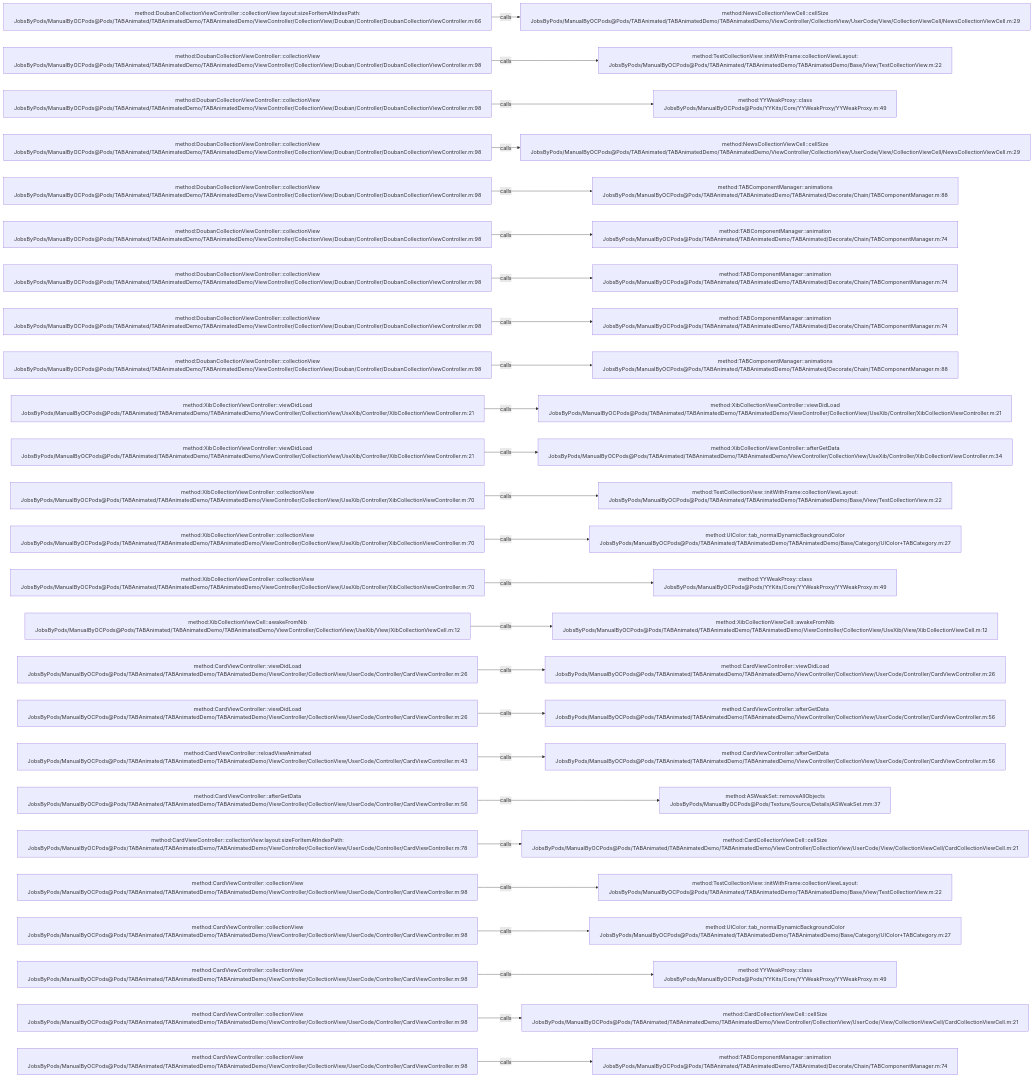
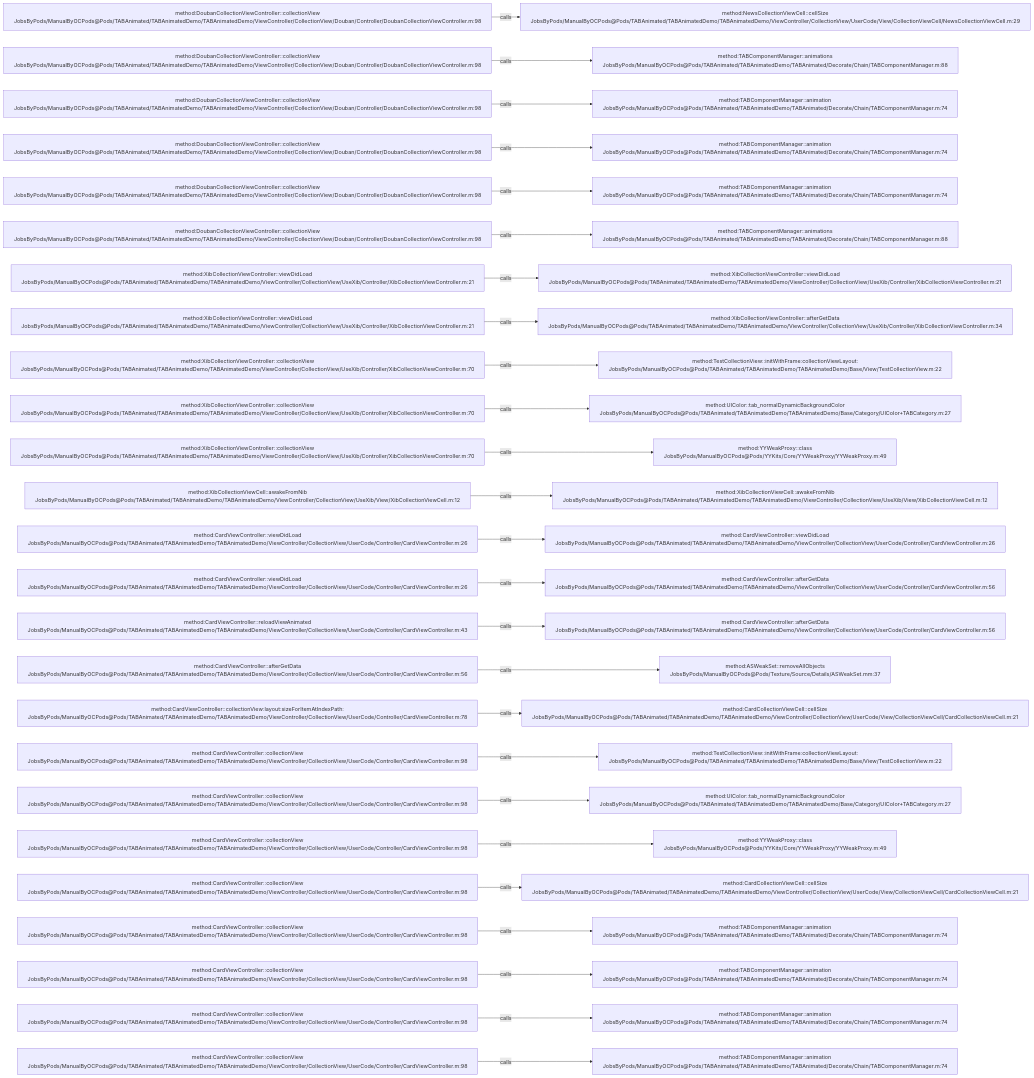
The diagram in .codegraph/codegraph.md/graphs/calls-051.md (JobsKits/JobsOCBaseConfigDemo), drawn with Mermaid before and after one commit. The commit also changed 342 other files, not shown here.

````diff
--- a/.codegraph/codegraph.md/graphs/calls-051.md
+++ b/.codegraph/codegraph.md/graphs/calls-051.md
@@ -13,78 +13,78 @@
 ```mermaid
 flowchart LR
-  S1["method:DoubanCollectionViewController::collectionView:layout:sizeForItemAtIndexPath:<br/>JobsByPods/ManualByOCPods@Pods/TABAnimated/TABAnimatedDemo/TABAnimatedDemo/ViewController/CollectionView/Douban/Controller/DoubanCollectionViewController.m:66"]
+  S1["method:DoubanCollectionViewController::collectionView<br/>JobsByPods/ManualByOCPods@Pods/TABAnimated/TABAnimatedDemo/TABAnimatedDemo/ViewController/CollectionView/Douban/Controller/DoubanCollectionViewController.m:98"]
   T1["method:NewsCollectionViewCell::cellSize<br/>JobsByPods/ManualByOCPods@Pods/TABAnimated/TABAnimatedDemo/TABAnimatedDemo/ViewController/CollectionView/UserCode/View/CollectionViewCell/NewsCollectionViewCell.m:29"]
   S1 -->|calls| T1
   S2["method:DoubanCollectionViewController::collectionView<br/>JobsByPods/ManualByOCPods@Pods/TABAnimated/TABAnimatedDemo/TABAnimatedDemo/ViewController/CollectionView/Douban/Controller/DoubanCollectionViewController.m:98"]
-  T2["method:TestCollectionView::initWithFrame:collectionViewLayout:<br/>JobsByPods/ManualByOCPods@Pods/TABAnimated/TABAnimatedDemo/TABAnimatedDemo/Base/View/TestCollectionView.m:22"]
+  T2["method:TABComponentManager::animations<br/>JobsByPods/ManualByOCPods@Pods/TABAnimated/TABAnimatedDemo/TABAnimated/Decorate/Chain/TABComponentManager.m:88"]
   S2 -->|calls| T2
   S3["method:DoubanCollectionViewController::collectionView<br/>JobsByPods/ManualByOCPods@Pods/TABAnimated/TABAnimatedDemo/TABAnimatedDemo/ViewController/CollectionView/Douban/Controller/DoubanCollectionViewController.m:98"]
-  T3["method:YYWeakProxy::class<br/>JobsByPods/ManualByOCPods@Pods/YYKits/Core/YYWeakProxy/YYWeakProxy.m:49"]
+  T3["method:TABComponentManager::animation<br/>JobsByPods/ManualByOCPods@Pods/TABAnimated/TABAnimatedDemo/TABAnimated/Decorate/Chain/TABComponentManager.m:74"]
   S3 -->|calls| T3
   S4["method:DoubanCollectionViewController::collectionView<br/>JobsByPods/ManualByOCPods@Pods/TABAnimated/TABAnimatedDemo/TABAnimatedDemo/ViewController/CollectionView/Douban/Controller/DoubanCollectionViewController.m:98"]
-  T4["method:NewsCollectionViewCell::cellSize<br/>JobsByPods/ManualByOCPods@Pods/TABAnimated/TABAnimatedDemo/TABAnimatedDemo/ViewController/CollectionView/UserCode/View/CollectionViewCell/NewsCollectionViewCell.m:29"]
+  T4["method:TABComponentManager::animation<br/>JobsByPods/ManualByOCPods@Pods/TABAnimated/TABAnimatedDemo/TABAnimated/Decorate/Chain/TABComponentManager.m:74"]
   S4 -->|calls| T4
   S5["method:DoubanCollectionViewController::collectionView<br/>JobsByPods/ManualByOCPods@Pods/TABAnimated/TABAnimatedDemo/TABAnimatedDemo/ViewController/CollectionView/Douban/Controller/DoubanCollectionViewController.m:98"]
-  T5["method:TABComponentManager::animations<br/>JobsByPods/ManualByOCPods@Pods/TABAnimated/TABAnimatedDemo/TABAnimated/Decorate/Chain/TABComponentManager.m:88"]
+  T5["method:TABComponentManager::animation<br/>JobsByPods/ManualByOCPods@Pods/TABAnimated/TABAnimatedDemo/TABAnimated/Decorate/Chain/TABComponentManager.m:74"]
   S5 -->|calls| T5
   S6["method:DoubanCollectionViewController::collectionView<br/>JobsByPods/ManualByOCPods@Pods/TABAnimated/TABAnimatedDemo/TABAnimatedDemo/ViewController/CollectionView/Douban/Controller/DoubanCollectionViewController.m:98"]
-  T6["method:TABComponentManager::animation<br/>JobsByPods/ManualByOCPods@Pods/TABAnimated/TABAnimatedDemo/TABAnimated/Decorate/Chain/TABComponentManager.m:74"]
+  T6["method:TABComponentManager::animations<br/>JobsByPods/ManualByOCPods@Pods/TABAnimated/TABAnimatedDemo/TABAnimated/Decorate/Chain/TABComponentManager.m:88"]
   S6 -->|calls| T6
-  S7["method:DoubanCollectionViewController::collectionView<br/>JobsByPods/ManualByOCPods@Pods/TABAnimated/TABAnimatedDemo/TABAnimatedDemo/ViewController/CollectionView/Douban/Controller/DoubanCollectionViewController.m:98"]
-  T7["method:TABComponentManager::animation<br/>JobsByPods/ManualByOCPods@Pods/TABAnimated/TABAnimatedDemo/TABAnimated/Decorate/Chain/TABComponentManager.m:74"]
+  S7["method:XibCollectionViewController::viewDidLoad<br/>JobsByPods/ManualByOCPods@Pods/TABAnimated/TABAnimatedDemo/TABAnimatedDemo/ViewController/CollectionView/UseXib/Controller/XibCollectionViewController.m:21"]
+  T7["method:XibCollectionViewController::viewDidLoad<br/>JobsByPods/ManualByOCPods@Pods/TABAnimated/TABAnimatedDemo/TABAnimatedDemo/ViewController/CollectionView/UseXib/Controller/XibCollectionViewController.m:21"]
   S7 -->|calls| T7
-  S8["method:DoubanCollectionViewController::collectionView<br/>JobsByPods/ManualByOCPods@Pods/TABAnimated/TABAnimatedDemo/TABAnimatedDemo/ViewController/CollectionView/Douban/Controller/DoubanCollectionViewController.m:98"]
-  T8["method:TABComponentManager::animation<br/>JobsByPods/ManualByOCPods@Pods/TABAnimated/TABAnimatedDemo/TABAnimated/Decorate/Chain/TABComponentManager.m:74"]
+  S8["method:XibCollectionViewController::viewDidLoad<br/>JobsByPods/ManualByOCPods@Pods/TABAnimated/TABAnimatedDemo/TABAnimatedDemo/ViewController/CollectionView/UseXib/Controller/XibCollectionViewController.m:21"]
+  T8["method:XibCollectionViewController::afterGetData<br/>JobsByPods/ManualByOCPods@Pods/TABAnimated/TABAnimatedDemo/TABAnimatedDemo/ViewController/CollectionView/UseXib/Controller/XibCollectionViewController.m:34"]
   S8 -->|calls| T8
-  S9["method:DoubanCollectionViewController::collectionView<br/>JobsByPods/ManualByOCPods@Pods/TABAnimated/TABAnimatedDemo/TABAnimatedDemo/ViewController/CollectionView/Douban/Controller/DoubanCollectionViewController.m:98"]
-  T9["method:TABComponentManager::animations<br/>JobsByPods/ManualByOCPods@Pods/TABAnimated/TABAnimatedDemo/TABAnimated/Decorate/Chain/TABComponentManager.m:88"]
+  S9["method:XibCollectionViewController::collectionView<br/>JobsByPods/ManualByOCPods@Pods/TABAnimated/TABAnimatedDemo/TABAnimatedDemo/ViewController/CollectionView/UseXib/Controller/XibCollectionViewController.m:70"]
+  T9["method:TestCollectionView::initWithFrame:collectionViewLayout:<br/>JobsByPods/ManualByOCPods@Pods/TABAnimated/TABAnimatedDemo/TABAnimatedDemo/Base/View/TestCollectionView.m:22"]
   S9 -->|calls| T9
-  S10["method:XibCollectionViewController::viewDidLoad<br/>JobsByPods/ManualByOCPods@Pods/TABAnimated/TABAnimatedDemo/TABAnimatedDemo/ViewController/CollectionView/UseXib/Controller/XibCollectionViewController.m:21"]
-  T10["method:XibCollectionViewController::viewDidLoad<br/>JobsByPods/ManualByOCPods@Pods/TABAnimated/TABAnimatedDemo/TABAnimatedDemo/ViewController/CollectionView/UseXib/Controller/XibCollectionViewController.m:21"]
+  S10["method:XibCollectionViewController::collectionView<br/>JobsByPods/ManualByOCPods@Pods/TABAnimated/TABAnimatedDemo/TABAnimatedDemo/ViewController/CollectionView/UseXib/Controller/XibCollectionViewController.m:70"]
+  T10["method:UIColor::tab_normalDynamicBackgroundColor<br/>JobsByPods/ManualByOCPods@Pods/TABAnimated/TABAnimatedDemo/TABAnimatedDemo/Base/Category/UIColor+TABCategory.m:27"]
   S10 -->|calls| T10
-  S11["method:XibCollectionViewController::viewDidLoad<br/>JobsByPods/ManualByOCPods@Pods/TABAnimated/TABAnimatedDemo/TABAnimatedDemo/ViewController/CollectionView/UseXib/Controller/XibCollectionViewController.m:21"]
-  T11["method:XibCollectionViewController::afterGetData<br/>JobsByPods/ManualByOCPods@Pods/TABAnimated/TABAnimatedDemo/TABAnimatedDemo/ViewController/CollectionView/UseXib/Controller/XibCollectionViewController.m:34"]
+  S11["method:XibCollectionViewController::collectionView<br/>JobsByPods/ManualByOCPods@Pods/TABAnimated/TABAnimatedDemo/TABAnimatedDemo/ViewController/CollectionView/UseXib/Controller/XibCollectionViewController.m:70"]
+  T11["method:YYWeakProxy::class<br/>JobsByPods/ManualByOCPods@Pods/YYKits/Core/YYWeakProxy/YYWeakProxy.m:49"]
   S11 -->|calls| T11
-  S12["method:XibCollectionViewController::collectionView<br/>JobsByPods/ManualByOCPods@Pods/TABAnimated/TABAnimatedDemo/TABAnimatedDemo/ViewController/CollectionView/UseXib/Controller/XibCollectionViewController.m:70"]
-  T12["method:TestCollectionView::initWithFrame:collectionViewLayout:<br/>JobsByPods/ManualByOCPods@Pods/TABAnimated/TABAnimatedDemo/TABAnimatedDemo/Base/View/TestCollectionView.m:22"]
+  S12["method:XibCollectionViewCell::awakeFromNib<br/>JobsByPods/ManualByOCPods@Pods/TABAnimated/TABAnimatedDemo/TABAnimatedDemo/ViewController/CollectionView/UseXib/View/XibCollectionViewCell.m:12"]
+  T12["method:XibCollectionViewCell::awakeFromNib<br/>JobsByPods/ManualByOCPods@Pods/TABAnimated/TABAnimatedDemo/TABAnimatedDemo/ViewController/CollectionView/UseXib/View/XibCollectionViewCell.m:12"]
   S12 -->|calls| T12
-  S13["method:XibCollectionViewController::collectionView<br/>JobsByPods/ManualByOCPods@Pods/TABAnimated/TABAnimatedDemo/TABAnimatedDemo/ViewController/CollectionView/UseXib/Controller/XibCollectionViewController.m:70"]
-  T13["method:UIColor::tab_normalDynamicBackgroundColor<br/>JobsByPods/ManualByOCPods@Pods/TABAnimated/TABAnimatedDemo/TABAnimatedDemo/Base/Category/UIColor+TABCategory.m:27"]
+  S13["method:CardViewController::viewDidLoad<br/>JobsByPods/ManualByOCPods@Pods/TABAnimated/TABAnimatedDemo/TABAnimatedDemo/ViewController/CollectionView/UserCode/Controller/CardViewController.m:26"]
+  T13["method:CardViewController::viewDidLoad<br/>JobsByPods/ManualByOCPods@Pods/TABAnimated/TABAnimatedDemo/TABAnimatedDemo/ViewController/CollectionView/UserCode/Controller/CardViewController.m:26"]
   S13 -->|calls| T13
-  S14["method:XibCollectionViewController::collectionView<br/>JobsByPods/ManualByOCPods@Pods/TABAnimated/TABAnimatedDemo/TABAnimatedDemo/ViewController/CollectionView/UseXib/Controller/XibCollectionViewController.m:70"]
-  T14["method:YYWeakProxy::class<br/>JobsByPods/ManualByOCPods@Pods/YYKits/Core/YYWeakProxy/YYWeakProxy.m:49"]
+  S14["method:CardViewController::viewDidLoad<br/>JobsByPods/ManualByOCPods@Pods/TABAnimated/TABAnimatedDemo/TABAnimatedDemo/ViewController/CollectionView/UserCode/Controller/CardViewController.m:26"]
+  T14["method:CardViewController::afterGetData<br/>JobsByPods/ManualByOCPods@Pods/TABAnimated/TABAnimatedDemo/TABAnimatedDemo/ViewController/CollectionView/UserCode/Controller/CardViewController.m:56"]
   S14 -->|calls| T14
-  S15["method:XibCollectionViewCell::awakeFromNib<br/>JobsByPods/ManualByOCPods@Pods/TABAnimated/TABAnimatedDemo/TABAnimatedDemo/ViewController/CollectionView/UseXib/View/XibCollectionViewCell.m:12"]
-  T15["method:XibCollectionViewCell::awakeFromNib<br/>JobsByPods/ManualByOCPods@Pods/TABAnimated/TABAnimatedDemo/TABAnimatedDemo/ViewController/CollectionView/UseXib/View/XibCollectionViewCell.m:12"]
+  S15["method:CardViewController::reloadViewAnimated<br/>JobsByPods/ManualByOCPods@Pods/TABAnimated/TABAnimatedDemo/TABAnimatedDemo/ViewController/CollectionView/UserCode/Controller/CardViewController.m:43"]
+  T15["method:CardViewController::afterGetData<br/>JobsByPods/ManualByOCPods@Pods/TABAnimated/TABAnimatedDemo/TABAnimatedDemo/ViewController/CollectionView/UserCode/Controller/CardViewController.m:56"]
   S15 -->|calls| T15
-  S16["method:CardViewController::viewDidLoad<br/>JobsByPods/ManualByOCPods@Pods/TABAnimated/TABAnimatedDemo/TABAnimatedDemo/ViewController/CollectionView/UserCode/Controller/CardViewController.m:26"]
-  T16["method:CardViewController::viewDidLoad<br/>JobsByPods/ManualByOCPods@Pods/TABAnimated/TABAnimatedDemo/TABAnimatedDemo/ViewController/CollectionView/UserCode/Controller/CardViewController.m:26"]
+  S16["method:CardViewController::afterGetData<br/>JobsByPods/ManualByOCPods@Pods/TABAnimated/TABAnimatedDemo/TABAnimatedDemo/ViewController/CollectionView/UserCode/Controller/CardViewController.m:56"]
+  T16["method:ASWeakSet::removeAllObjects<br/>JobsByPods/ManualByOCPods@Pods/Texture/Source/Details/ASWeakSet.mm:37"]
   S16 -->|calls| T16
-  S17["method:CardViewController::viewDidLoad<br/>JobsByPods/ManualByOCPods@Pods/TABAnimated/TABAnimatedDemo/TABAnimatedDemo/ViewController/CollectionView/UserCode/Controller/CardViewController.m:26"]
-  T17["method:CardViewController::afterGetData<br/>JobsByPods/ManualByOCPods@Pods/TABAnimated/TABAnimatedDemo/TABAnimatedDemo/ViewController/CollectionView/UserCode/Controller/CardViewController.m:56"]
+  S17["method:CardViewController::collectionView:layout:sizeForItemAtIndexPath:<br/>JobsByPods/ManualByOCPods@Pods/TABAnimated/TABAnimatedDemo/TABAnimatedDemo/ViewController/CollectionView/UserCode/Controller/CardViewController.m:78"]
+  T17["method:CardCollectionViewCell::cellSize<br/>JobsByPods/ManualByOCPods@Pods/TABAnimated/TABAnimatedDemo/TABAnimatedDemo/ViewController/CollectionView/UserCode/View/CollectionViewCell/CardCollectionViewCell.m:21"]
   S17 -->|calls| T17
-  S18["method:CardViewController::reloadViewAnimated<br/>JobsByPods/ManualByOCPods@Pods/TABAnimated/TABAnimatedDemo/TABAnimatedDemo/ViewController/CollectionView/UserCode/Controller/CardViewController.m:43"]
-  T18["method:CardViewController::afterGetData<br/>JobsByPods/ManualByOCPods@Pods/TABAnimated/TABAnimatedDemo/TABAnimatedDemo/ViewController/CollectionView/UserCode/Controller/CardViewController.m:56"]
+  S18["method:CardViewController::collectionView<br/>JobsByPods/ManualByOCPods@Pods/TABAnimated/TABAnimatedDemo/TABAnimatedDemo/ViewController/CollectionView/UserCode/Controller/CardViewController.m:98"]
+  T18["method:TestCollectionView::initWithFrame:collectionViewLayout:<br/>JobsByPods/ManualByOCPods@Pods/TABAnimated/TABAnimatedDemo/TABAnimatedDemo/Base/View/TestCollectionView.m:22"]
   S18 -->|calls| T18
-  S19["method:CardViewController::afterGetData<br/>JobsByPods/ManualByOCPods@Pods/TABAnimated/TABAnimatedDemo/TABAnimatedDemo/ViewController/CollectionView/UserCode/Controller/CardViewController.m:56"]
-  T19["method:ASWeakSet::removeAllObjects<br/>JobsByPods/ManualByOCPods@Pods/Texture/Source/Details/ASWeakSet.mm:37"]
+  S19["method:CardViewController::collectionView<br/>JobsByPods/ManualByOCPods@Pods/TABAnimated/TABAnimatedDemo/TABAnimatedDemo/ViewController/CollectionView/UserCode/Controller/CardViewController.m:98"]
+  T19["method:UIColor::tab_normalDynamicBackgroundColor<br/>JobsByPods/ManualByOCPods@Pods/TABAnimated/TABAnimatedDemo/TABAnimatedDemo/Base/Category/UIColor+TABCategory.m:27"]
   S19 -->|calls| T19
-  S20["method:CardViewController::collectionView:layout:sizeForItemAtIndexPath:<br/>JobsByPods/ManualByOCPods@Pods/TABAnimated/TABAnimatedDemo/TABAnimatedDemo/ViewController/CollectionView/UserCode/Controller/CardViewController.m:78"]
-  T20["method:CardCollectionViewCell::cellSize<br/>JobsByPods/ManualByOCPods@Pods/TABAnimated/TABAnimatedDemo/TABAnimatedDemo/ViewController/CollectionView/UserCode/View/CollectionViewCell/CardCollectionViewCell.m:21"]
+  S20["method:CardViewController::collectionView<br/>JobsByPods/ManualByOCPods@Pods/TABAnimated/TABAnimatedDemo/TABAnimatedDemo/ViewController/CollectionView/UserCode/Controller/CardViewController.m:98"]
+  T20["method:YYWeakProxy::class<br/>JobsByPods/ManualByOCPods@Pods/YYKits/Core/YYWeakProxy/YYWeakProxy.m:49"]
   S20 -->|calls| T20
   S21["method:CardViewController::collectionView<br/>JobsByPods/ManualByOCPods@Pods/TABAnimated/TABAnimatedDemo/TABAnimatedDemo/ViewController/CollectionView/UserCode/Controller/CardViewController.m:98"]
-  T21["method:TestCollectionView::initWithFrame:collectionViewLayout:<br/>JobsByPods/ManualByOCPods@Pods/TABAnimated/TABAnimatedDemo/TABAnimatedDemo/Base/View/TestCollectionView.m:22"]
+  T21["method:CardCollectionViewCell::cellSize<br/>JobsByPods/ManualByOCPods@Pods/TABAnimated/TABAnimatedDemo/TABAnimatedDemo/ViewController/CollectionView/UserCode/View/CollectionViewCell/CardCollectionViewCell.m:21"]
   S21 -->|calls| T21
   S22["method:CardViewController::collectionView<br/>JobsByPods/ManualByOCPods@Pods/TABAnimated/TABAnimatedDemo/TABAnimatedDemo/ViewController/CollectionView/UserCode/Controller/CardViewController.m:98"]
-  T22["method:UIColor::tab_normalDynamicBackgroundColor<br/>JobsByPods/ManualByOCPods@Pods/TABAnimated/TABAnimatedDemo/TABAnimatedDemo/Base/Category/UIColor+TABCategory.m:27"]
+  T22["method:TABComponentManager::animation<br/>JobsByPods/ManualByOCPods@Pods/TABAnimated/TABAnimatedDemo/TABAnimated/Decorate/Chain/TABComponentManager.m:74"]
   S22 -->|calls| T22
   S23["method:CardViewController::collectionView<br/>JobsByPods/ManualByOCPods@Pods/TABAnimated/TABAnimatedDemo/TABAnimatedDemo/ViewController/CollectionView/UserCode/Controller/CardViewController.m:98"]
-  T23["method:YYWeakProxy::class<br/>JobsByPods/ManualByOCPods@Pods/YYKits/Core/YYWeakProxy/YYWeakProxy.m:49"]
+  T23["method:TABComponentManager::animation<br/>JobsByPods/ManualByOCPods@Pods/TABAnimated/TABAnimatedDemo/TABAnimated/Decorate/Chain/TABComponentManager.m:74"]
   S23 -->|calls| T23
   S24["method:CardViewController::collectionView<br/>JobsByPods/ManualByOCPods@Pods/TABAnimated/TABAnimatedDemo/TABAnimatedDemo/ViewController/CollectionView/UserCode/Controller/CardViewController.m:98"]
-  T24["method:CardCollectionViewCell::cellSize<br/>JobsByPods/ManualByOCPods@Pods/TABAnimated/TABAnimatedDemo/TABAnimatedDemo/ViewController/CollectionView/UserCode/View/CollectionViewCell/CardCollectionViewCell.m:21"]
+  T24["method:TABComponentManager::animation<br/>JobsByPods/ManualByOCPods@Pods/TABAnimated/TABAnimatedDemo/TABAnimated/Decorate/Chain/TABComponentManager.m:74"]
   S24 -->|calls| T24
   S25["method:CardViewController::collectionView<br/>JobsByPods/ManualByOCPods@Pods/TABAnimated/TABAnimatedDemo/TABAnimatedDemo/ViewController/CollectionView/UserCode/Controller/CardViewController.m:98"]
   T25["method:TABComponentManager::animation<br/>JobsByPods/ManualByOCPods@Pods/TABAnimated/TABAnimatedDemo/TABAnimated/Decorate/Chain/TABComponentManager.m:74"]
   S25 -->|calls| T25
 ```
````
